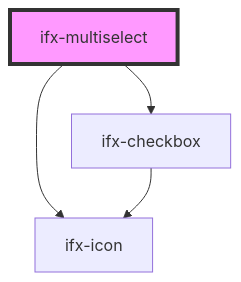
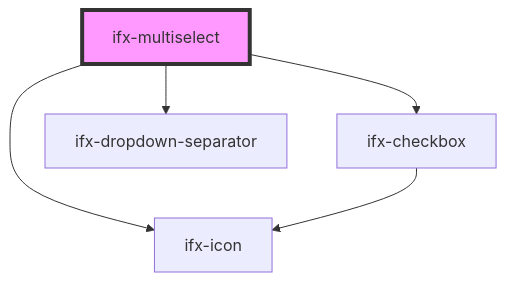
The diagram in packages/components/src/components/select/multi-select/readme.md (Infineon/infineon-design-system-stencil), drawn with Mermaid before and after one commit. The commit also changed other lines of this file and 4 other files, not shown here.

````diff
--- a/packages/components/src/components/select/multi-select/readme.md
+++ b/packages/components/src/components/select/multi-select/readme.md
@@ -40,7 +42,8 @@
 ```mermaid
 graph TD;
   ifx-multiselect --> ifx-checkbox
+  ifx-multiselect --> ifx-dropdown-separator
   ifx-multiselect --> ifx-icon
   ifx-checkbox --> ifx-icon
   style ifx-multiselect fill:#f9f,stroke:#333,stroke-width:4px
 ```
````
